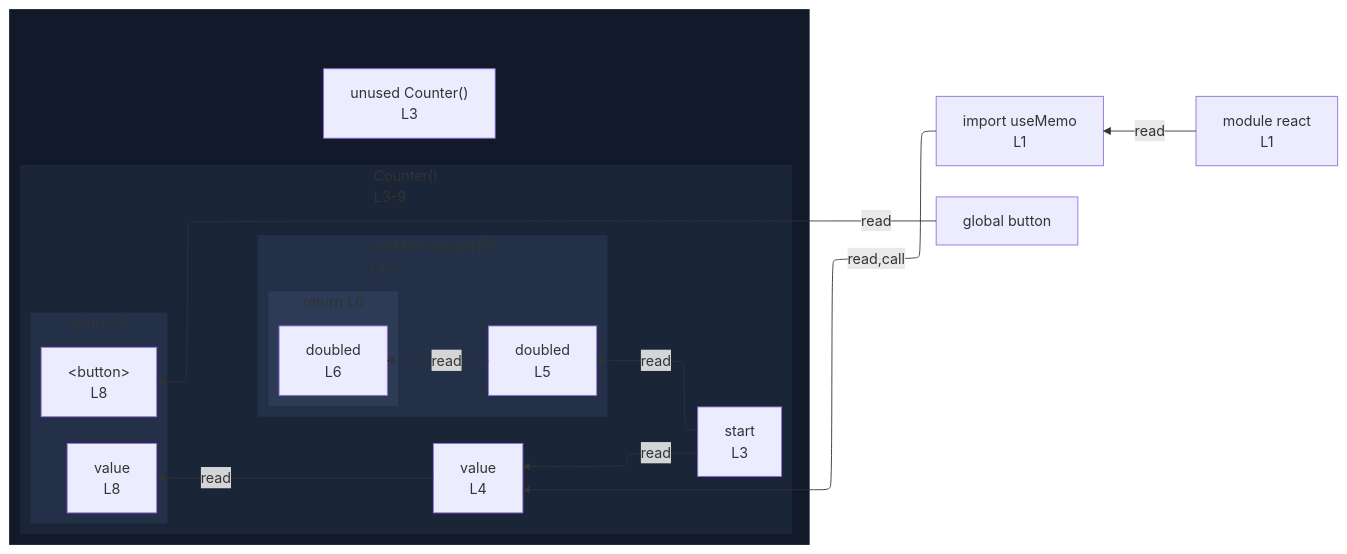
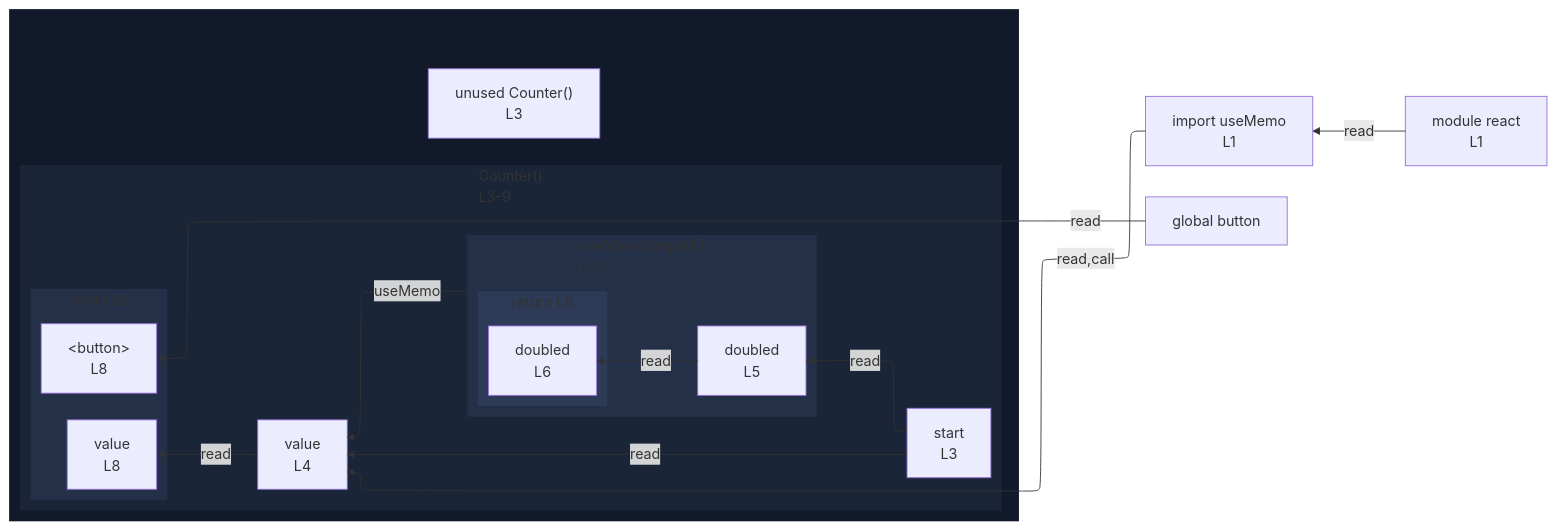
One commit to crescware/unsnarl changed the diagram in integration/fixtures/app-behavior/plugin/react/use-memo/preview.md. Above: the diagram before and after it, drawn with Mermaid. The commit also changed 41 other files, not shown here.

````diff
--- a/integration/fixtures/app-behavior/plugin/react/use-memo/preview.md
+++ b/integration/fixtures/app-behavior/plugin/react/use-memo/preview.md
@@ -19,45 +19,46 @@
 ```mermaid
 %%{init: {"flowchart": {"defaultRenderer": "elk"}}}%%
 flowchart RL
   n_scope_0_useMemo_9["import useMemo<br/>L1"]
   n_scope_0_button_194["global button"]
   subgraph wrap_s_scope_1[" "]
     direction TB
     n_scope_0_Counter_40["unused Counter()<br/>L3"]
     subgraph s_scope_1["Counter()<br/>L3-9"]
       direction RL
       n_scope_1_start_53["start<br/>L3"]
       n_scope_1_value_94["value<br/>L4"]
       subgraph s_scope_2["useMemo(args[0])<br/>L4-7"]
         direction RL
         n_scope_2_doubled_128["doubled<br/>L5"]
         subgraph s_return_scope_0_Counter_40_153_168["return L6"]
           direction RL
           ret_use_ref_5["doubled<br/>L6"]
         end
       end
       subgraph s_return_scope_0_Counter_40_186_218["return L8"]
         direction RL
         ret_use_ref_7["&lt;button&gt;<br/>L8"]
         ret_use_ref_8["value<br/>L8"]
       end
     end
   end
   n_scope_0_useMemo_9 -->|read,call| n_scope_1_value_94
   n_scope_1_start_53 -->|read| n_scope_2_doubled_128
   n_scope_2_doubled_128 -->|read| ret_use_ref_5
   n_scope_1_start_53 -->|read| n_scope_1_value_94
   n_scope_0_button_194 -->|read| ret_use_ref_7
   n_scope_1_value_94 -->|read| ret_use_ref_8
+  s_scope_2 -->|useMemo| n_scope_1_value_94
   mod_react["module react<br/>L1"]
   mod_react -->|read| n_scope_0_useMemo_9
   classDef nestL1 fill:#11192a,stroke:transparent;
   class wrap_s_scope_1 nestL1;
   classDef nestL2 fill:#1a2538,stroke:transparent;
   class s_scope_1 nestL2;
   classDef nestL3 fill:#243047,stroke:transparent;
   class s_scope_2 nestL3;
   class s_return_scope_0_Counter_40_186_218 nestL3;
   classDef nestL4 fill:#2d3b57,stroke:transparent;
   class s_return_scope_0_Counter_40_153_168 nestL4;
 ```
````
